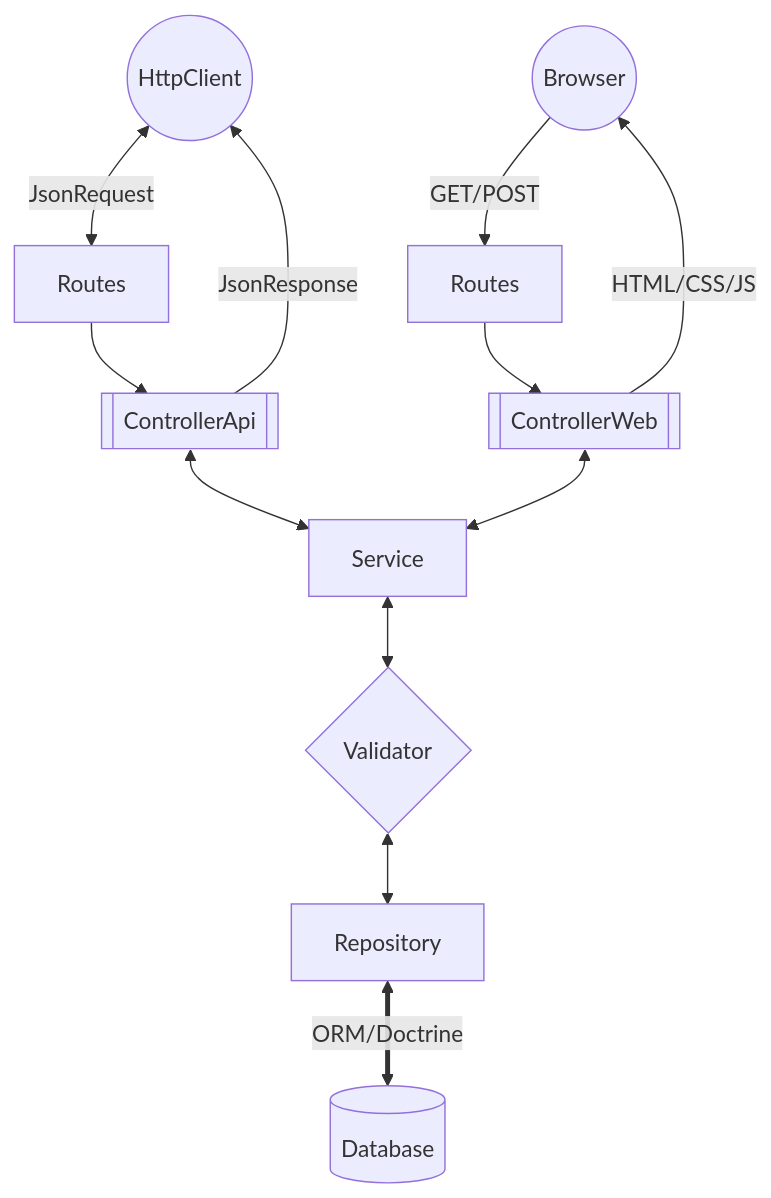
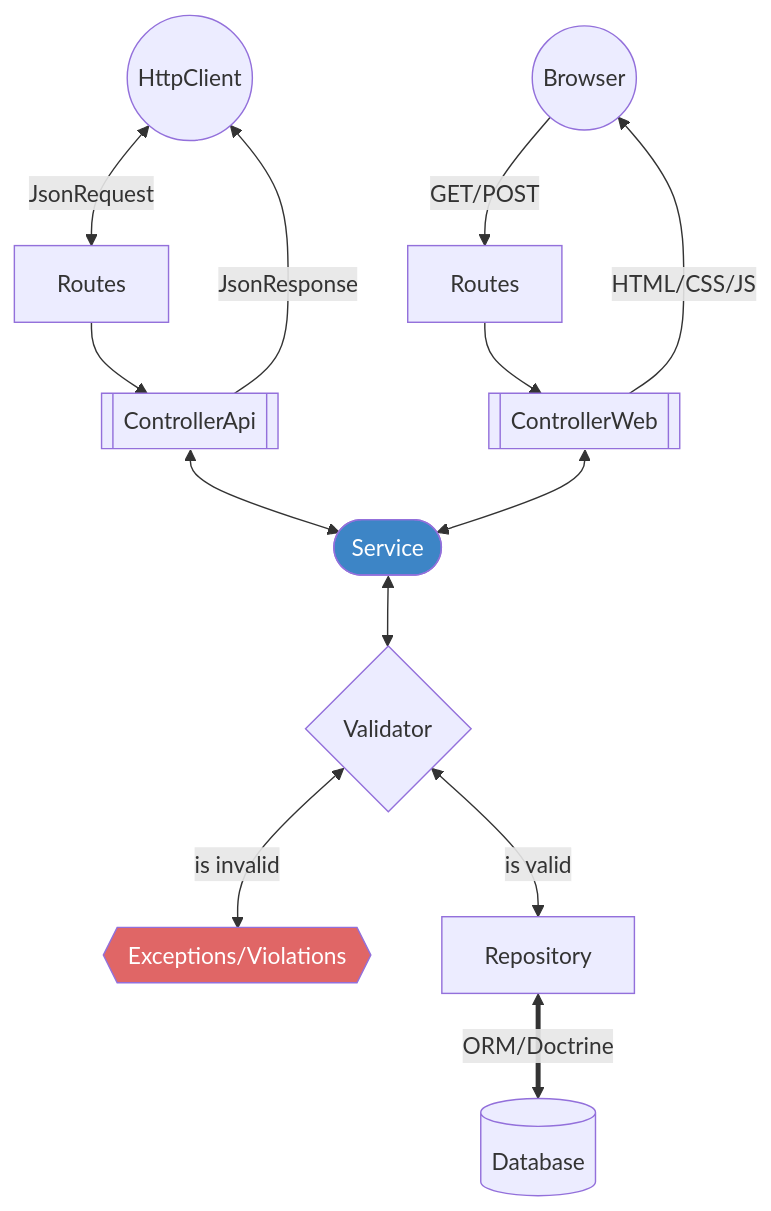
The diagram in README.md (secultce/aurora), drawn with Mermaid before and after one commit. The commit also changed other lines of this file and 5 other files, not shown here.

````diff
--- a/README.md
+++ b/README.md
@@ -135,14 +145,18 @@
 ```mermaid
 flowchart TD
+    style E fill:#e06666, color:white
+    style S fill:#3d85c6, color:white
+
     HC((HttpClient)) --JsonRequest<--> R[Routes]
     B((Browser)) --GET/POST--> Routes
     R --> CA[[ControllerApi]]
     Routes --> CW[[ControllerWeb]]
-    CA <--> S[Service]
+    CA <--> S([Service])
     CW <--> S
     S <--> V{Validator}
-    V <--> RP[Repository]
+    V <--is invalid--> E{{Exceptions/Violations}}
+    V <--is valid--> RP[Repository]
     RP <==ORM/Doctrine==> D[(Database)]
     CA --JsonResponse--> HC
     CW --HTML/CSS/JS--> B
 ```
````
